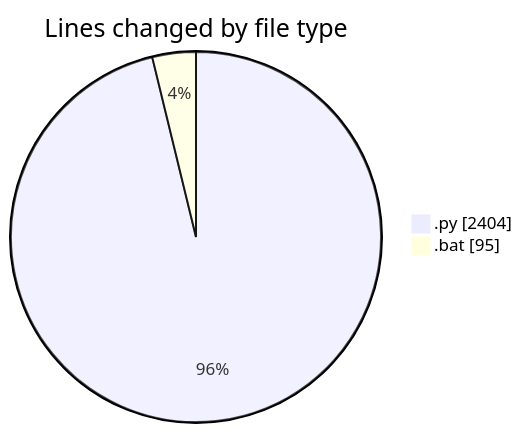
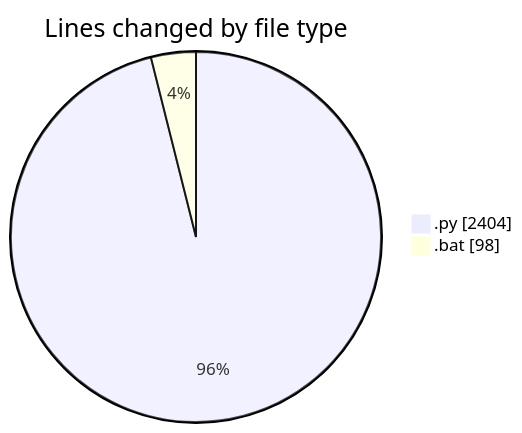
Before and after one commit to FelipKnott/code-tracking: the first of 2 diagrams in 2025-07-03/cursor/README.md, drawn with Mermaid. The commit also changed other lines of this file and 1 other file, not shown here.

````diff
--- a/2025-07-03/cursor/README.md
+++ b/2025-07-03/cursor/README.md
@@ -35,6 +35,6 @@
 ```mermaid
 pie showData
 title Lines changed by file type
 ".py" : 2404
-".bat" : 95
+".bat" : 98
 ```
````
